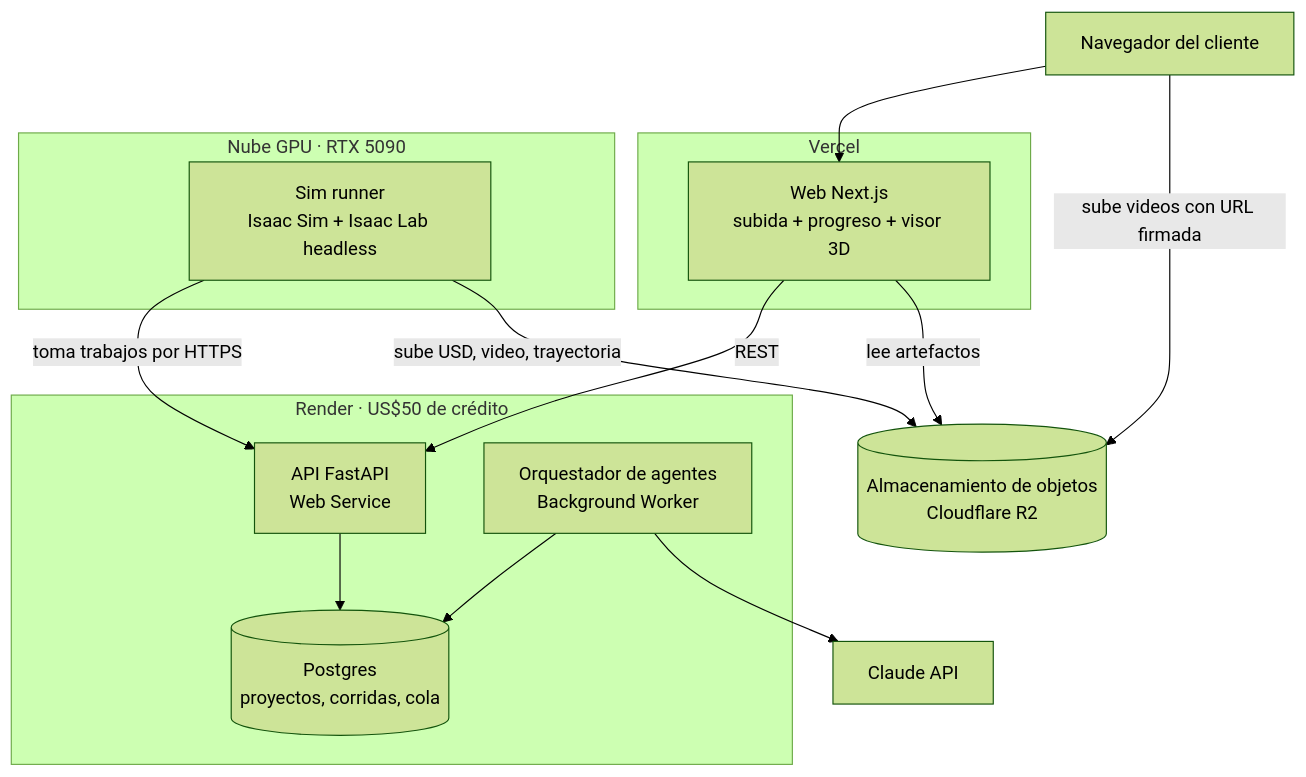
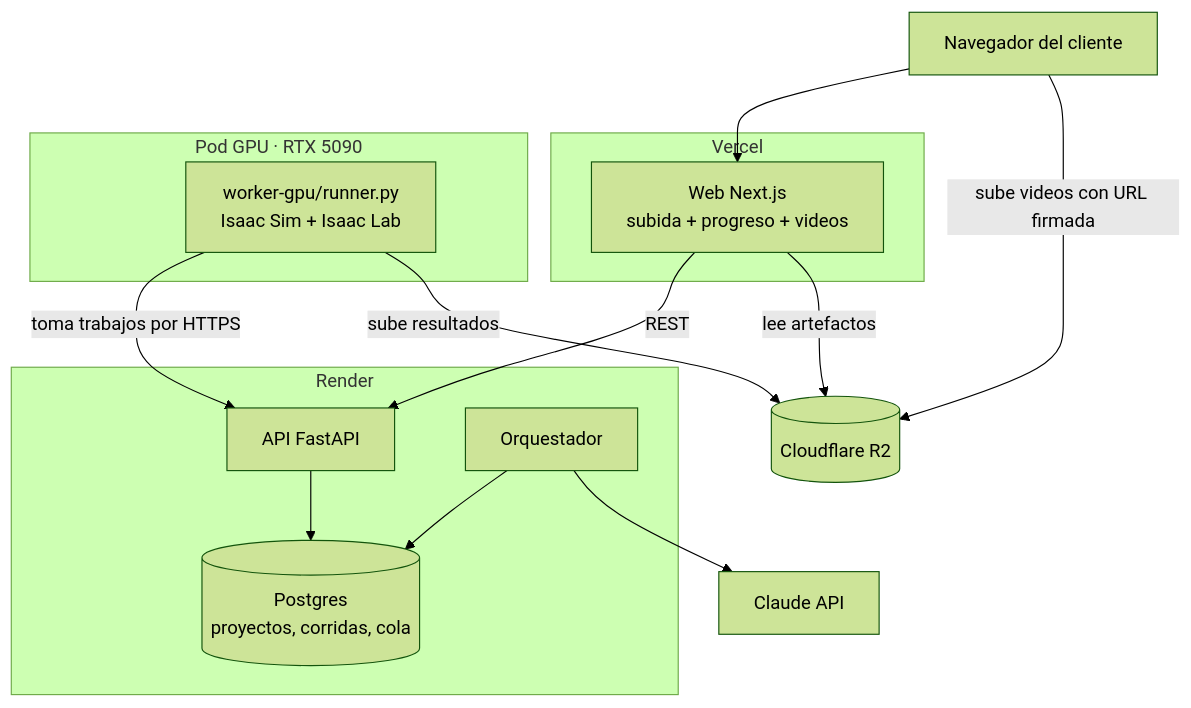
The second of 4 diagrams in docs/arquitectura.md (platanus-hack/platanus-hack-26-cl-team-4), drawn with Mermaid (forest theme) before and after one commit. The commit also changed other lines of this file and 4 other files, not shown here.

````diff
--- a/docs/arquitectura.md
+++ b/docs/arquitectura.md
@@ -44,31 +72,26 @@
 ```mermaid
 flowchart TB
   U[Navegador del cliente]
-
   subgraph VER[Vercel]
-    WEB[Web Next.js<br/>subida + progreso + visor 3D]
+    WEB[Web Next.js<br/>subida + progreso + videos]
   end
-
-  subgraph REN[Render · US$50 de crédito]
-    API[API FastAPI<br/>Web Service]
-    ORQ[Orquestador de agentes<br/>Background Worker]
+  subgraph REN[Render]
+    API[API FastAPI]
+    ORQ[Orquestador]
     DB[(Postgres<br/>proyectos, corridas, cola)]
   end
-
-  subgraph GPU[Nube GPU · RTX 5090]
-    RUN[Sim runner<br/>Isaac Sim + Isaac Lab headless]
+  subgraph GPU[Pod GPU · RTX 5090]
+    RUN[worker-gpu/runner.py<br/>Isaac Sim + Isaac Lab]
   end
-
-  S3[(Almacenamiento de objetos<br/>Cloudflare R2)]
+  S3[(Cloudflare R2)]
   CL[Claude API]
-
   U --> WEB
   WEB -->|REST| API
   U -->|sube videos con URL firmada| S3
   API --> DB
   ORQ --> DB
   ORQ --> CL
   RUN -->|toma trabajos por HTTPS| API
-  RUN -->|sube USD, video, trayectoria| S3
+  RUN -->|sube resultados| S3
   WEB -->|lee artefactos| S3
 ```
````
